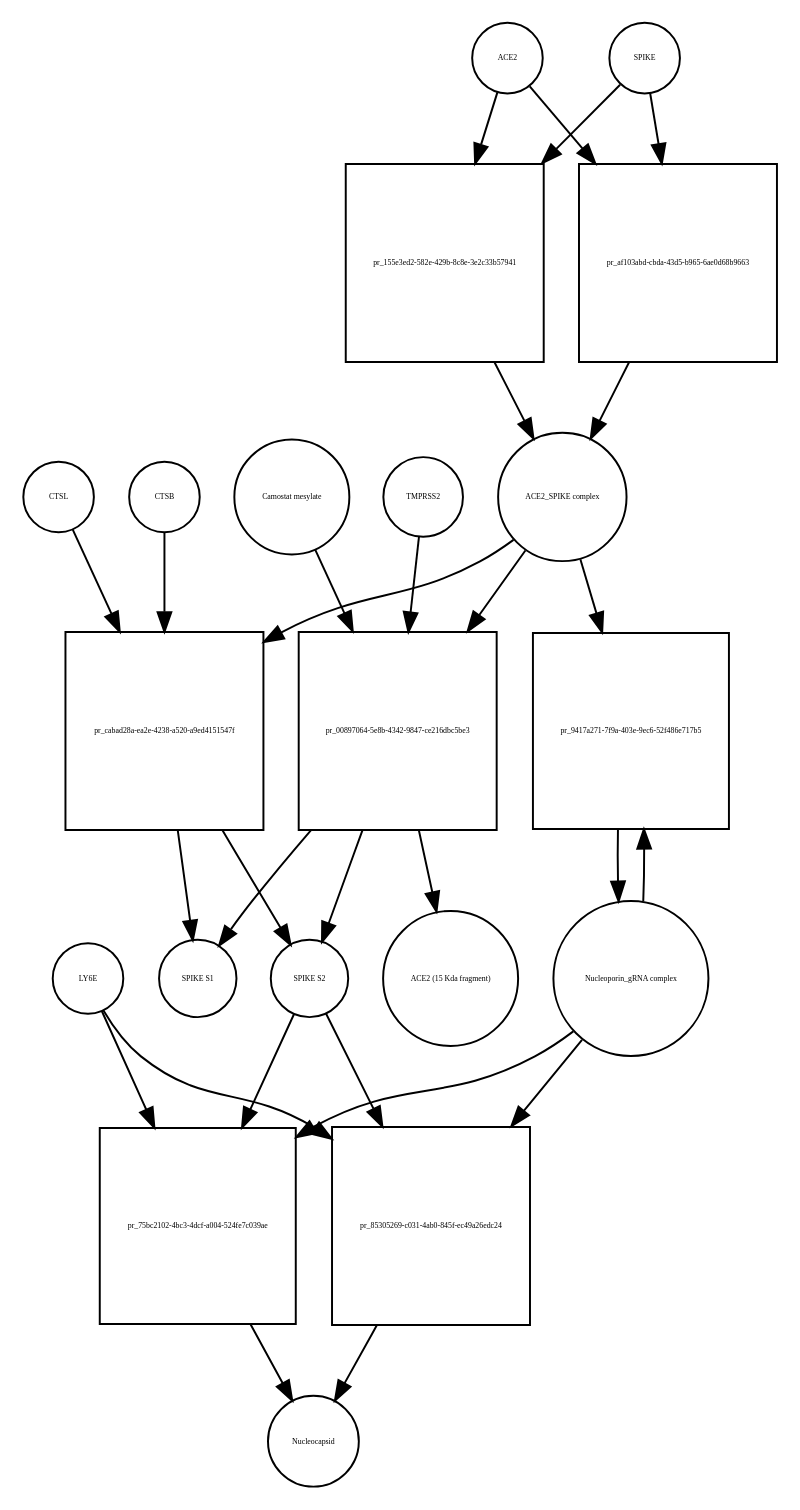
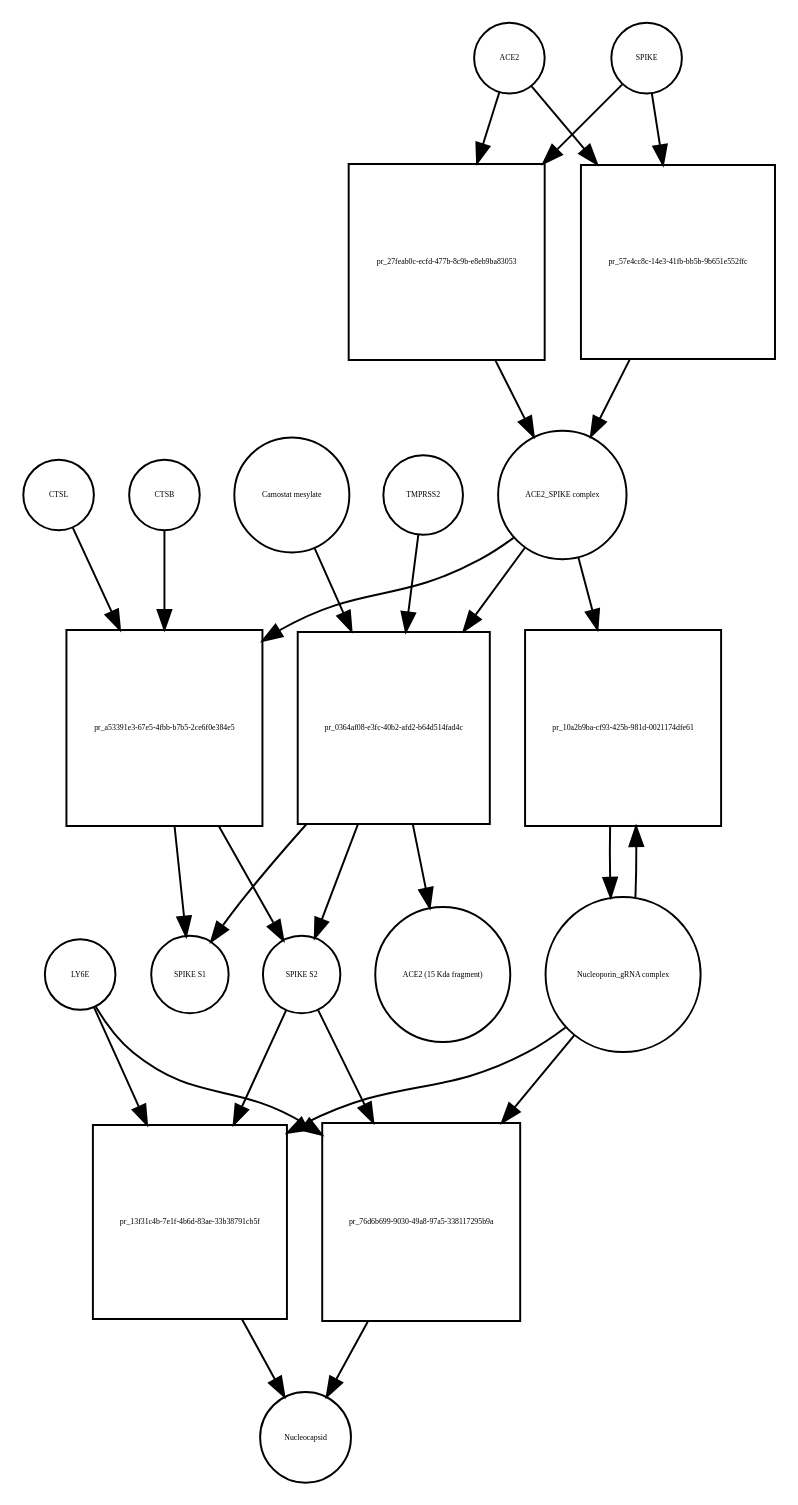
The diagram in Virus_replication_cycle_V01.xml_bipartite.dot (cannin/covid19-sbgn), drawn with Graphviz before and after one commit. The commit also changed 563 other files, not shown here.

```diff
--- a/Virus_replication_cycle_V01.xml_bipartite.dot
+++ b/Virus_replication_cycle_V01.xml_bipartite.dot
@@ -1,50 +1,50 @@
 strict digraph  {
 ACE2 [annotation="", bipartite=0, cls=macromolecule, fontsize=4, label=ACE2, shape=circle];
-"pr_155e3ed2-582e-429b-8c8e-3e2c33b57941" [annotation="", bipartite=1, cls=process, fontsize=4, label="pr_155e3ed2-582e-429b-8c8e-3e2c33b57941", shape=square];
+"pr_27feab0c-ecfd-477b-8c9b-e8eb9ba83053" [annotation="", bipartite=1, cls=process, fontsize=4, label="pr_27feab0c-ecfd-477b-8c9b-e8eb9ba83053", shape=square];
 "ACE2_SPIKE complex" [annotation="", bipartite=0, cls=complex, fontsize=4, label="ACE2_SPIKE complex", shape=circle];
 SPIKE [annotation="", bipartite=0, cls="macromolecule multimer", fontsize=4, label=SPIKE, shape=circle];
 "Nucleoporin_gRNA complex " [annotation="", bipartite=0, cls=complex, fontsize=4, label="Nucleoporin_gRNA complex ", shape=circle];
-"pr_9417a271-7f9a-403e-9ec6-52f486e717b5" [annotation="", bipartite=1, cls=process, fontsize=4, label="pr_9417a271-7f9a-403e-9ec6-52f486e717b5", shape=square];
-"pr_cabad28a-ea2e-4238-a520-a9ed4151547f" [annotation="", bipartite=1, cls=process, fontsize=4, label="pr_cabad28a-ea2e-4238-a520-a9ed4151547f", shape=square];
+"pr_10a2b9ba-cf93-425b-981d-0021174dfe61" [annotation="", bipartite=1, cls=process, fontsize=4, label="pr_10a2b9ba-cf93-425b-981d-0021174dfe61", shape=square];
+"pr_a53391e3-67e5-4fbb-b7b5-2ce6f0e384e5" [annotation="", bipartite=1, cls=process, fontsize=4, label="pr_a53391e3-67e5-4fbb-b7b5-2ce6f0e384e5", shape=square];
 "SPIKE S2" [annotation="", bipartite=0, cls=macromolecule, fontsize=4, label="SPIKE S2", shape=circle];
 CTSB [annotation="", bipartite=0, cls=macromolecule, fontsize=4, label=CTSB, shape=circle];
 CTSL [annotation="", bipartite=0, cls=macromolecule, fontsize=4, label=CTSL, shape=circle];
 "SPIKE S1" [annotation="", bipartite=0, cls=macromolecule, fontsize=4, label="SPIKE S1", shape=circle];
-"pr_75bc2102-4bc3-4dcf-a004-524fe7c039ae" [annotation="", bipartite=1, cls=process, fontsize=4, label="pr_75bc2102-4bc3-4dcf-a004-524fe7c039ae", shape=square];
+"pr_13f31c4b-7e1f-4b6d-83ae-33b38791cb5f" [annotation="", bipartite=1, cls=process, fontsize=4, label="pr_13f31c4b-7e1f-4b6d-83ae-33b38791cb5f", shape=square];
 Nucleocapsid [annotation="", bipartite=0, cls=complex, fontsize=4, label=Nucleocapsid, shape=circle];
 LY6E [annotation="", bipartite=0, cls=macromolecule, fontsize=4, label=LY6E, shape=circle];
-"pr_00897064-5e8b-4342-9847-ce216dbc5be3" [annotation="", bipartite=1, cls=process, fontsize=4, label="pr_00897064-5e8b-4342-9847-ce216dbc5be3", shape=square];
+"pr_0364af08-e3fc-40b2-afd2-b64d514fad4c" [annotation="", bipartite=1, cls=process, fontsize=4, label="pr_0364af08-e3fc-40b2-afd2-b64d514fad4c", shape=square];
 TMPRSS2 [annotation="", bipartite=0, cls=macromolecule, fontsize=4, label=TMPRSS2, shape=circle];
 "Camostat mesylate" [annotation="urn_miriam_pubchem.compound_2536", bipartite=0, cls="simple chemical", fontsize=4, label="Camostat mesylate", shape=circle];
 "ACE2 (15 Kda fragment)" [annotation="", bipartite=0, cls=macromolecule, fontsize=4, label="ACE2 (15 Kda fragment)", shape=circle];
-"pr_af103abd-cbda-43d5-b965-6ae0d68b9663" [annotation="", bipartite=1, cls=process, fontsize=4, label="pr_af103abd-cbda-43d5-b965-6ae0d68b9663", shape=square];
-"pr_85305269-c031-4ab0-845f-ec49a26edc24" [annotation="", bipartite=1, cls=process, fontsize=4, label="pr_85305269-c031-4ab0-845f-ec49a26edc24", shape=square];
-ACE2 -> "pr_155e3ed2-582e-429b-8c8e-3e2c33b57941"  [annotation="", interaction_type=consumption];
-ACE2 -> "pr_af103abd-cbda-43d5-b965-6ae0d68b9663"  [annotation="", interaction_type=consumption];
-"pr_155e3ed2-582e-429b-8c8e-3e2c33b57941" -> "ACE2_SPIKE complex"  [annotation="", interaction_type=production];
-"ACE2_SPIKE complex" -> "pr_9417a271-7f9a-403e-9ec6-52f486e717b5"  [annotation="urn_miriam_pubmed_32142651|urn_miriam_pubmed_32094589", interaction_type=stimulation];
-"ACE2_SPIKE complex" -> "pr_cabad28a-ea2e-4238-a520-a9ed4151547f"  [annotation="", interaction_type=consumption];
-"ACE2_SPIKE complex" -> "pr_00897064-5e8b-4342-9847-ce216dbc5be3"  [annotation="", interaction_type=consumption];
-SPIKE -> "pr_155e3ed2-582e-429b-8c8e-3e2c33b57941"  [annotation="", interaction_type=consumption];
-SPIKE -> "pr_af103abd-cbda-43d5-b965-6ae0d68b9663"  [annotation="", interaction_type=consumption];
-"Nucleoporin_gRNA complex " -> "pr_9417a271-7f9a-403e-9ec6-52f486e717b5"  [annotation="", interaction_type=consumption];
-"Nucleoporin_gRNA complex " -> "pr_75bc2102-4bc3-4dcf-a004-524fe7c039ae"  [annotation="", interaction_type=consumption];
-"Nucleoporin_gRNA complex " -> "pr_85305269-c031-4ab0-845f-ec49a26edc24"  [annotation="", interaction_type=consumption];
-"pr_9417a271-7f9a-403e-9ec6-52f486e717b5" -> "Nucleoporin_gRNA complex "  [annotation="", interaction_type=production];
-"pr_cabad28a-ea2e-4238-a520-a9ed4151547f" -> "SPIKE S2"  [annotation="", interaction_type=production];
-"pr_cabad28a-ea2e-4238-a520-a9ed4151547f" -> "SPIKE S1"  [annotation="", interaction_type=production];
-"SPIKE S2" -> "pr_75bc2102-4bc3-4dcf-a004-524fe7c039ae"  [annotation="urn_miriam_doi_10.1101%2F2020.03.05.979260|urn_miriam_pubmed_32142651|urn_miriam_pubmed_32094589", interaction_type=stimulation];
-"SPIKE S2" -> "pr_85305269-c031-4ab0-845f-ec49a26edc24"  [annotation="urn_miriam_doi_10.1101%2F2020.03.05.979260", interaction_type=stimulation];
-CTSB -> "pr_cabad28a-ea2e-4238-a520-a9ed4151547f"  [annotation=urn_miriam_pubmed_32142651, interaction_type=catalysis];
-CTSL -> "pr_cabad28a-ea2e-4238-a520-a9ed4151547f"  [annotation=urn_miriam_pubmed_32142651, interaction_type=catalysis];
-"pr_75bc2102-4bc3-4dcf-a004-524fe7c039ae" -> Nucleocapsid  [annotation="", interaction_type=production];
-LY6E -> "pr_75bc2102-4bc3-4dcf-a004-524fe7c039ae"  [annotation="urn_miriam_doi_10.1101%2F2020.03.05.979260|urn_miriam_pubmed_32142651|urn_miriam_pubmed_32094589", interaction_type=inhibition];
-LY6E -> "pr_85305269-c031-4ab0-845f-ec49a26edc24"  [annotation="urn_miriam_doi_10.1101%2F2020.03.05.979260", interaction_type=inhibition];
-"pr_00897064-5e8b-4342-9847-ce216dbc5be3" -> "SPIKE S2"  [annotation="", interaction_type=production];
-"pr_00897064-5e8b-4342-9847-ce216dbc5be3" -> "SPIKE S1"  [annotation="", interaction_type=production];
-"pr_00897064-5e8b-4342-9847-ce216dbc5be3" -> "ACE2 (15 Kda fragment)"  [annotation="", interaction_type=production];
-TMPRSS2 -> "pr_00897064-5e8b-4342-9847-ce216dbc5be3"  [annotation="urn_miriam_pubmed_32142651|urn_miriam_pubmed_32094589|urn_miriam_pubmed_24227843", interaction_type=catalysis];
-"Camostat mesylate" -> "pr_00897064-5e8b-4342-9847-ce216dbc5be3"  [annotation="urn_miriam_pubmed_32142651|urn_miriam_pubmed_32094589|urn_miriam_pubmed_24227843", interaction_type=inhibition];
-"pr_af103abd-cbda-43d5-b965-6ae0d68b9663" -> "ACE2_SPIKE complex"  [annotation="", interaction_type=production];
-"pr_85305269-c031-4ab0-845f-ec49a26edc24" -> Nucleocapsid  [annotation="", interaction_type=production];
+"pr_57e4cc8c-14e3-41fb-bb5b-9b651e552ffc" [annotation="", bipartite=1, cls=process, fontsize=4, label="pr_57e4cc8c-14e3-41fb-bb5b-9b651e552ffc", shape=square];
+"pr_76d6b699-9030-49a8-97a5-338117295b9a" [annotation="", bipartite=1, cls=process, fontsize=4, label="pr_76d6b699-9030-49a8-97a5-338117295b9a", shape=square];
+ACE2 -> "pr_27feab0c-ecfd-477b-8c9b-e8eb9ba83053"  [annotation="", interaction_type=consumption];
+ACE2 -> "pr_57e4cc8c-14e3-41fb-bb5b-9b651e552ffc"  [annotation="", interaction_type=consumption];
+"pr_27feab0c-ecfd-477b-8c9b-e8eb9ba83053" -> "ACE2_SPIKE complex"  [annotation="", interaction_type=production];
+"ACE2_SPIKE complex" -> "pr_10a2b9ba-cf93-425b-981d-0021174dfe61"  [annotation="urn_miriam_pubmed_32142651|urn_miriam_pubmed_32094589", interaction_type=stimulation];
+"ACE2_SPIKE complex" -> "pr_a53391e3-67e5-4fbb-b7b5-2ce6f0e384e5"  [annotation="", interaction_type=consumption];
+"ACE2_SPIKE complex" -> "pr_0364af08-e3fc-40b2-afd2-b64d514fad4c"  [annotation="", interaction_type=consumption];
+SPIKE -> "pr_27feab0c-ecfd-477b-8c9b-e8eb9ba83053"  [annotation="", interaction_type=consumption];
+SPIKE -> "pr_57e4cc8c-14e3-41fb-bb5b-9b651e552ffc"  [annotation="", interaction_type=consumption];
+"Nucleoporin_gRNA complex " -> "pr_10a2b9ba-cf93-425b-981d-0021174dfe61"  [annotation="", interaction_type=consumption];
+"Nucleoporin_gRNA complex " -> "pr_13f31c4b-7e1f-4b6d-83ae-33b38791cb5f"  [annotation="", interaction_type=consumption];
+"Nucleoporin_gRNA complex " -> "pr_76d6b699-9030-49a8-97a5-338117295b9a"  [annotation="", interaction_type=consumption];
+"pr_10a2b9ba-cf93-425b-981d-0021174dfe61" -> "Nucleoporin_gRNA complex "  [annotation="", interaction_type=production];
+"pr_a53391e3-67e5-4fbb-b7b5-2ce6f0e384e5" -> "SPIKE S2"  [annotation="", interaction_type=production];
+"pr_a53391e3-67e5-4fbb-b7b5-2ce6f0e384e5" -> "SPIKE S1"  [annotation="", interaction_type=production];
+"SPIKE S2" -> "pr_13f31c4b-7e1f-4b6d-83ae-33b38791cb5f"  [annotation="urn_miriam_doi_10.1101%2F2020.03.05.979260|urn_miriam_pubmed_32142651|urn_miriam_pubmed_32094589", interaction_type=stimulation];
+"SPIKE S2" -> "pr_76d6b699-9030-49a8-97a5-338117295b9a"  [annotation="urn_miriam_doi_10.1101%2F2020.03.05.979260", interaction_type=stimulation];
+CTSB -> "pr_a53391e3-67e5-4fbb-b7b5-2ce6f0e384e5"  [annotation=urn_miriam_pubmed_32142651, interaction_type=catalysis];
+CTSL -> "pr_a53391e3-67e5-4fbb-b7b5-2ce6f0e384e5"  [annotation=urn_miriam_pubmed_32142651, interaction_type=catalysis];
+"pr_13f31c4b-7e1f-4b6d-83ae-33b38791cb5f" -> Nucleocapsid  [annotation="", interaction_type=production];
+LY6E -> "pr_13f31c4b-7e1f-4b6d-83ae-33b38791cb5f"  [annotation="urn_miriam_doi_10.1101%2F2020.03.05.979260|urn_miriam_pubmed_32142651|urn_miriam_pubmed_32094589", interaction_type=inhibition];
+LY6E -> "pr_76d6b699-9030-49a8-97a5-338117295b9a"  [annotation="urn_miriam_doi_10.1101%2F2020.03.05.979260", interaction_type=inhibition];
+"pr_0364af08-e3fc-40b2-afd2-b64d514fad4c" -> "SPIKE S2"  [annotation="", interaction_type=production];
+"pr_0364af08-e3fc-40b2-afd2-b64d514fad4c" -> "SPIKE S1"  [annotation="", interaction_type=production];
+"pr_0364af08-e3fc-40b2-afd2-b64d514fad4c" -> "ACE2 (15 Kda fragment)"  [annotation="", interaction_type=production];
+TMPRSS2 -> "pr_0364af08-e3fc-40b2-afd2-b64d514fad4c"  [annotation="urn_miriam_pubmed_32142651|urn_miriam_pubmed_32094589|urn_miriam_pubmed_24227843", interaction_type=catalysis];
+"Camostat mesylate" -> "pr_0364af08-e3fc-40b2-afd2-b64d514fad4c"  [annotation="urn_miriam_pubmed_32142651|urn_miriam_pubmed_32094589|urn_miriam_pubmed_24227843", interaction_type=inhibition];
+"pr_57e4cc8c-14e3-41fb-bb5b-9b651e552ffc" -> "ACE2_SPIKE complex"  [annotation="", interaction_type=production];
+"pr_76d6b699-9030-49a8-97a5-338117295b9a" -> Nucleocapsid  [annotation="", interaction_type=production];
 }
```
